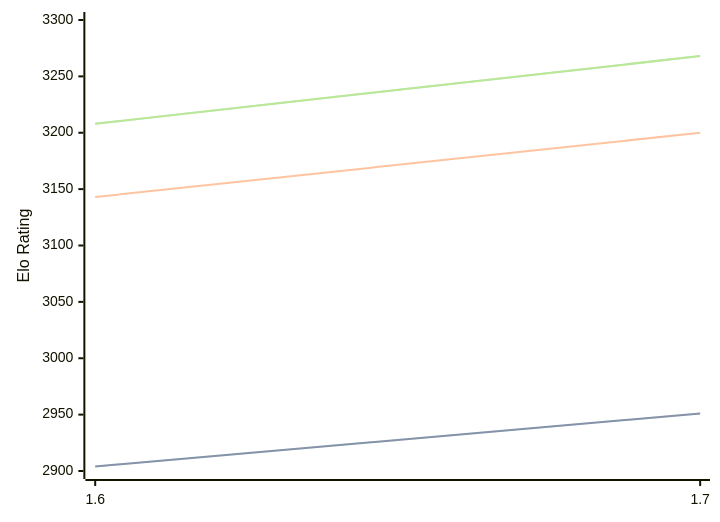
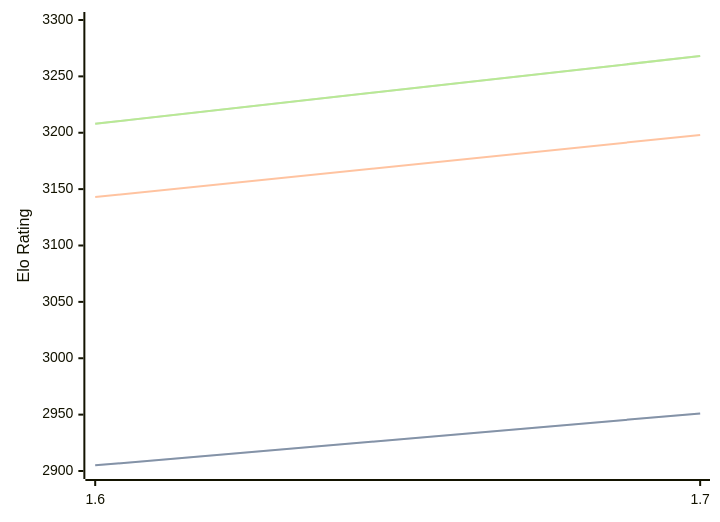
The diagram in engines/Bitbit.md (computer-chess-index/cci), drawn with Mermaid before and after one commit. The commit also changed other lines of this file, not shown here.

````diff
--- a/engines/Bitbit.md
+++ b/engines/Bitbit.md
@@ -32,11 +32,11 @@
 ```mermaid
 %%{init: {"theme":"base","themeVariables":{"seriesColors:['#a3a3a3','#222221','#faa371']}}}%%
 xychart-beta
   x-axis ["1.6", "1.7"]
   y-axis "Elo Rating" 2900 --> 3300
-  line "" [2904, 2951]
-  line "STC (8.0+0.08s)" [2904, 2951]
-  line "LTC (60.0+0.60s)" [3143, 3200]
+  line "" [2905, 2951]
+  line "STC (8.0+0.08s)" [2905, 2951]
+  line "LTC (60.0+0.60s)" [3143, 3198]
   line "" [3208, 3268]
   line "VLTC (2m24s+1.12s)" [3208, 3268]
 ```
````
